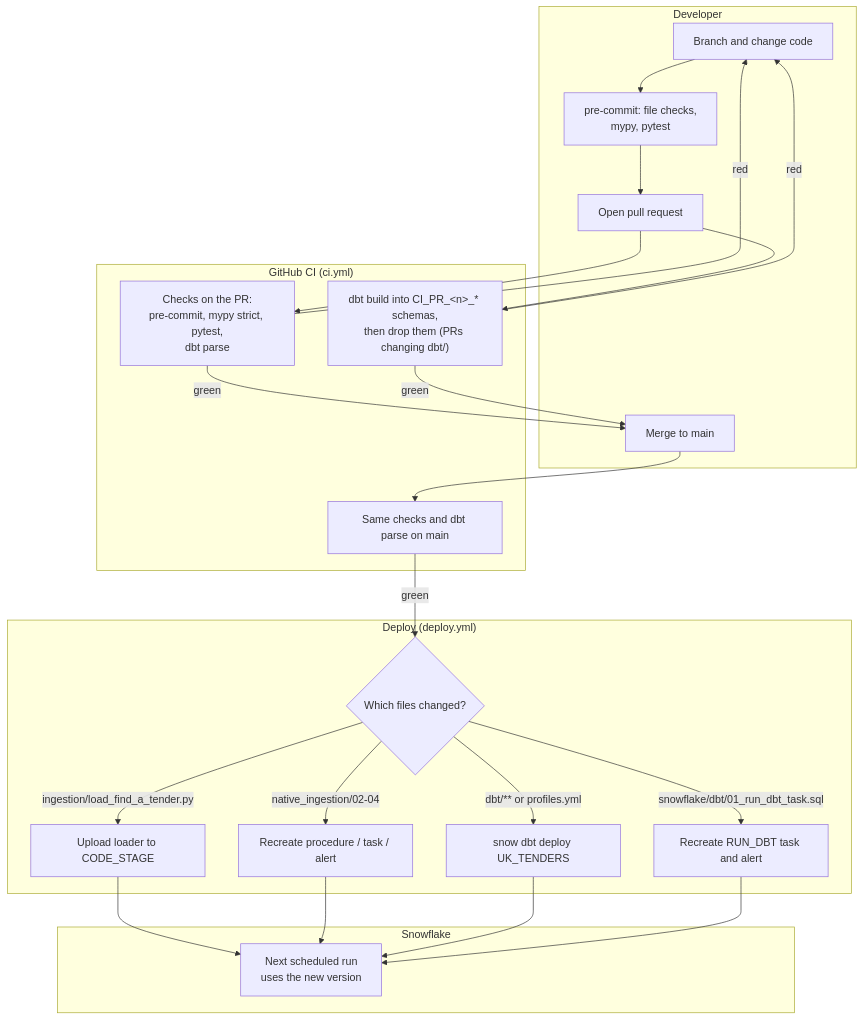
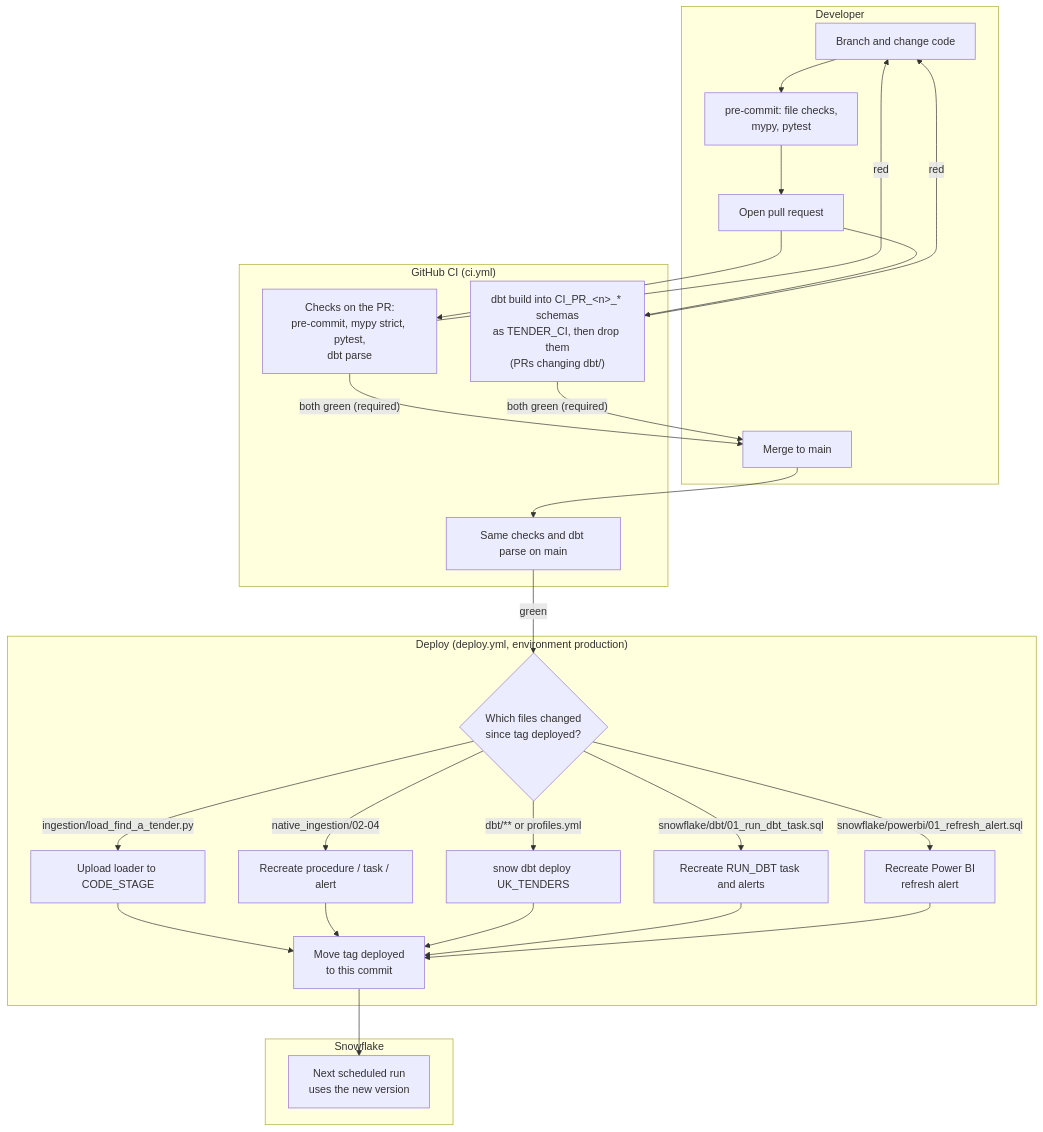
One commit to jacekjastrzebski/uk-tenders-dbt-snowflake changed the fifth of 5 diagrams in docs/diagrams/flows.md. Above: the diagram before and after it, drawn with Mermaid. The commit also changed other lines of this file and 23 other files, not shown here.

````diff
--- a/docs/diagrams/flows.md
+++ b/docs/diagrams/flows.md
@@ -141,31 +145,34 @@
 ```mermaid
 flowchart TB
     subgraph DEV["Developer"]
         D1["Branch and change code"] --> D2["pre-commit: file checks,<br/>mypy, pytest"] --> D3["Open pull request"]
         D5["Merge to main"]
     end
     subgraph CI["GitHub CI (ci.yml)"]
         C1["Checks on the PR:<br/>pre-commit, mypy strict, pytest,<br/>dbt parse"]
-        C3["dbt build into CI_PR_&lt;n&gt;_* schemas,<br/>then drop them (PRs changing dbt/)"]
+        C3["dbt build into CI_PR_&lt;n&gt;_* schemas<br/>as TENDER_CI, then drop them<br/>(PRs changing dbt/)"]
         C2["Same checks and dbt parse on main"]
     end
-    subgraph DEP["Deploy (deploy.yml)"]
-        P1{"Which files changed?"}
+    subgraph DEP["Deploy (deploy.yml, environment production)"]
+        P1{"Which files changed<br/>since tag deployed?"}
         P2["Upload loader to CODE_STAGE"]
         P3["Recreate procedure / task / alert"]
         P4["snow dbt deploy UK_TENDERS"]
-        P5["Recreate RUN_DBT task and alert"]
+        P5["Recreate RUN_DBT task and alerts"]
+        P7["Recreate Power BI<br/>refresh alert"]
+        P6["Move tag deployed<br/>to this commit"]
     end
     subgraph SF["Snowflake"]
         S1["Next scheduled run<br/>uses the new version"]
     end
 
     D3 --> C1 & C3
-    C1 & C3 -->|"green"| D5 --> C2 -->|"green"| P1
+    C1 & C3 -->|"both green (required)"| D5 --> C2 -->|"green"| P1
     C1 & C3 -->|"red"| D1
     P1 -->|"ingestion/load_find_a_tender.py"| P2
     P1 -->|"native_ingestion/02-04"| P3
     P1 -->|"dbt/** or profiles.yml"| P4
     P1 -->|"snowflake/dbt/01_run_dbt_task.sql"| P5
-    P2 & P3 & P4 & P5 --> S1
+    P1 -->|"snowflake/powerbi/01_refresh_alert.sql"| P7
+    P2 & P3 & P4 & P5 & P7 --> P6 --> S1
 ```
````
